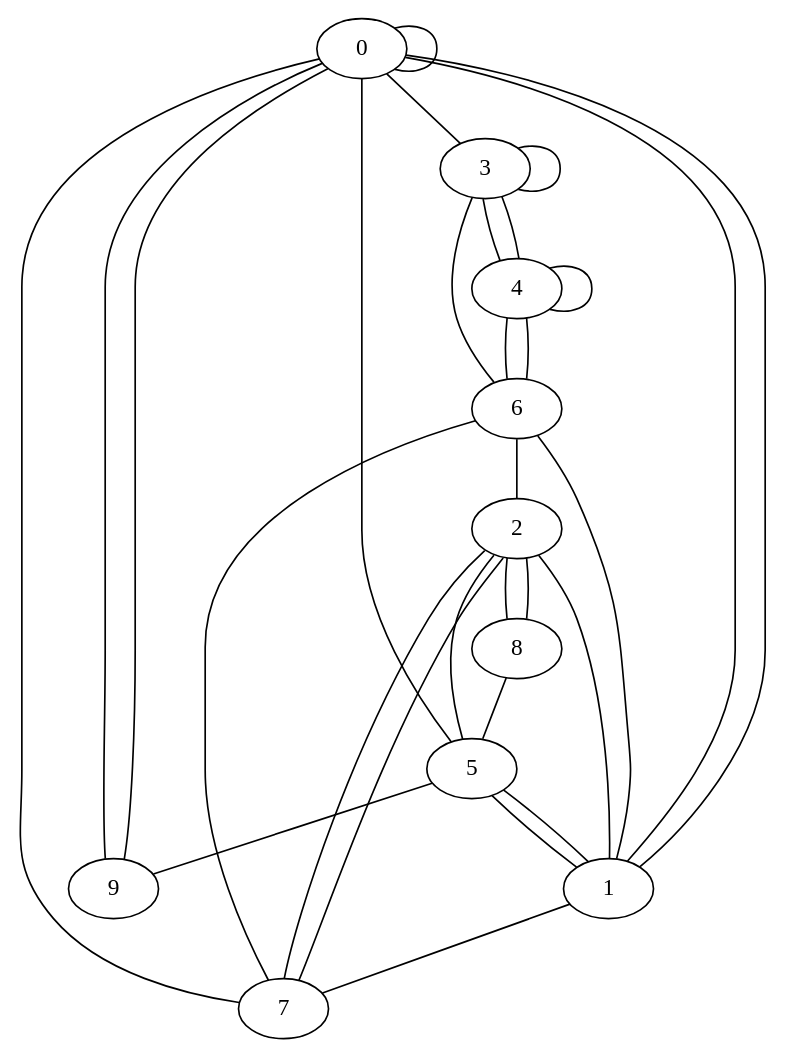
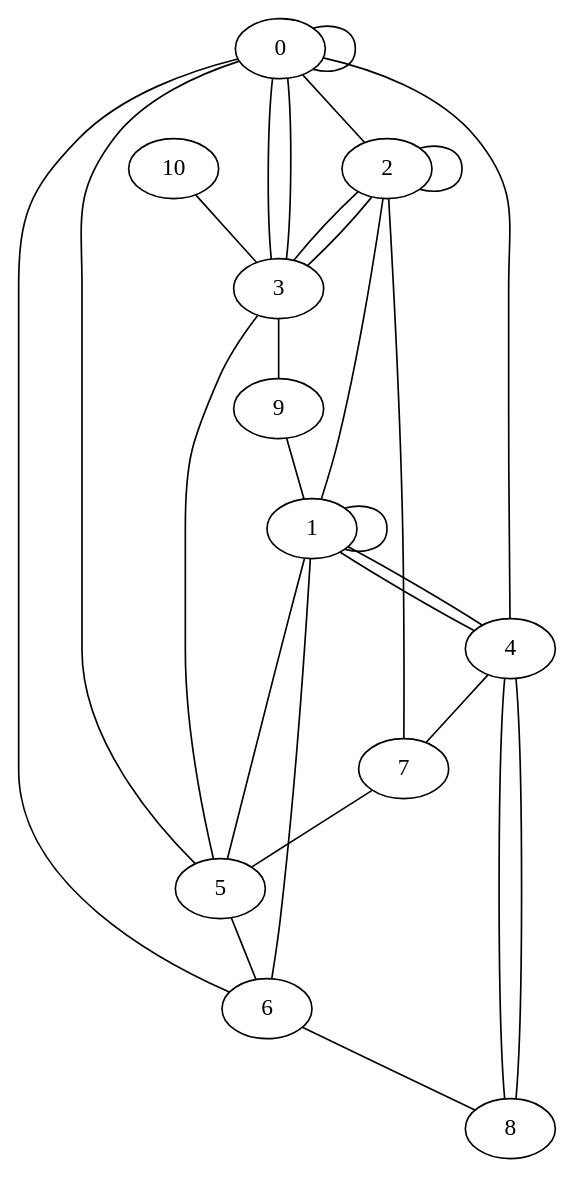
The diagram in feeds/out/O-9-11-11-PM.dot (denizsurmeli/random-graph-generator), drawn with Graphviz before and after one commit. The commit also changed 670 other files, not shown here.

```diff
--- a/feeds/out/O-9-11-11-PM.dot
+++ b/feeds/out/O-9-11-11-PM.dot
@@ -1,41 +1,40 @@
 graph G {
 0;
 1;
 2;
 3;
 4;
 5;
 6;
 7;
 8;
 9;
-7--6 ;
-8--2 ;
-1--0 ;
+10;
+1--4 ;
+3--5 ;
+1--1 ;
+6--8 ;
+2--1 ;
+7--5 ;
+0--5 ;
+5--6 ;
+9--1 ;
+2--2 ;
+8--4 ;
+0--0 ;
+3--9 ;
+2--3 ;
+0--6 ;
+6--1 ;
+4--8 ;
+3--0 ;
+10--3 ;
 1--5 ;
-1--6 ;
-1--0 ;
-6--3 ;
-1--7 ;
-9--0 ;
-4--6 ;
-1--2 ;
+2--7 ;
+1--4 ;
+4--0 ;
+3--2 ;
 0--3 ;
-3--4 ;
-5--9 ;
-5--0 ;
-2--7 ;
-0--7 ;
-2--7 ;
-5--2 ;
-8--5 ;
-4--4 ;
-6--2 ;
-2--8 ;
-4--3 ;
-6--4 ;
-0--9 ;
-0--0 ;
-3--3 ;
-5--1 ;
+4--7 ;
+0--2 ;
 }
```
